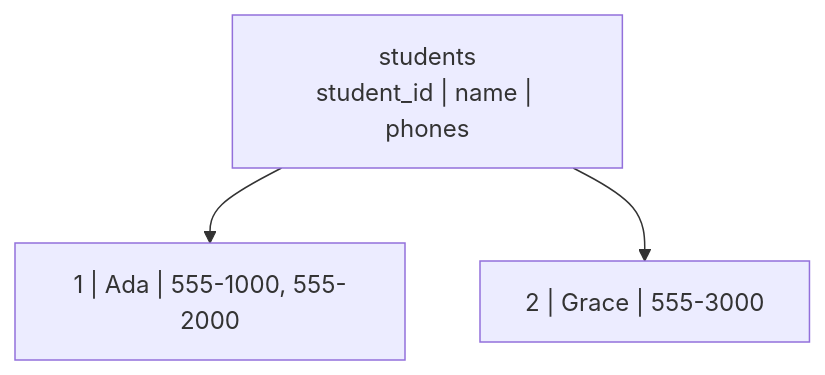
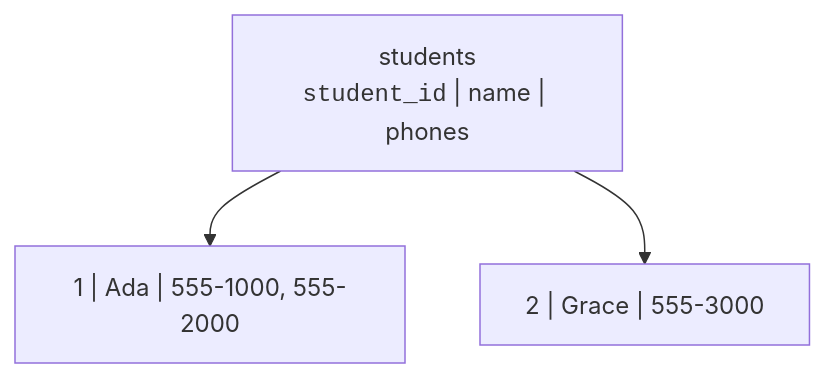
One commit to dataslope/dataslope changed the second of 6 diagrams in content/learn/database-design-postgresql/first-normal-form.mdx. Above: the diagram before and after it, drawn with Mermaid. The commit also changed other lines of this file and 153 other files, not shown here.

First line of the commit message:
Render code-only mermaid shapes in monospace; convert step sequences to Steps

````diff
--- a/content/learn/database-design-postgresql/first-normal-form.mdx
+++ b/content/learn/database-design-postgresql/first-normal-form.mdx
@@ -38,6 +38,6 @@
 ```mermaid
 flowchart TB
-    T["students<br/>student_id | name | phones"]
+    T["students<br/><code>student_id</code> | name | phones"]
     T --> R1["1 | Ada | 555-1000, 555-2000"]
     T --> R2["2 | Grace | 555-3000"]
 ```
````
